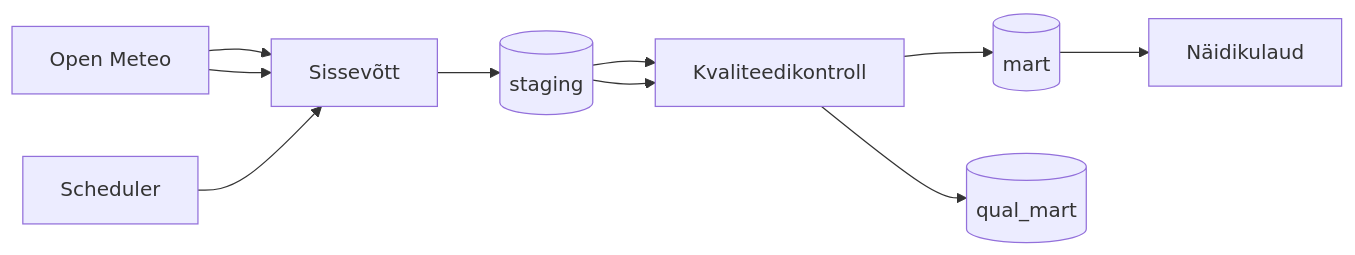
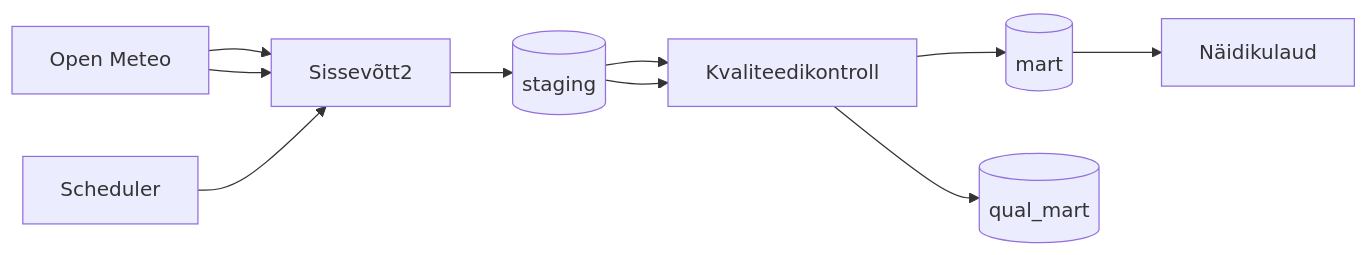
Before and after one commit to MSocius/maavarinate-ulevaade-pss-ut-andmeinseneeria-2026: the diagram in docs/arhitektuur.md, drawn with Mermaid. The commit also changed other lines of this file, not shown here.

Commit message:
Update architecture diagram and responsibilities

````diff
--- a/docs/arhitektuur.md
+++ b/docs/arhitektuur.md
@@ -25,12 +25,12 @@
 ```mermaid
 flowchart LR
-    source[USGS Earthquake] --> ingest[Sissevõtt]
-    source[Open Meteo] --> ingest
+    source[USGS Earthquake] --> ingest[Sissevõtt1]
+    source[Open Meteo] --> ingest[Sissevõtt2]
     scheduler[Scheduler] --> ingest
     ingest --> staging[(staging)]
     staging --> transform[Transformatsioon]
+    transform --> mart[(mart)]
+    mart --> dashboard[Näidikulaud]
     staging --> transform[Kvaliteedikontroll]
-    transform --> mart[(mart)]
     transform --> controll[(qual_mart)]
-    mart --> dashboard[Näidikulaud]
 ```
````
